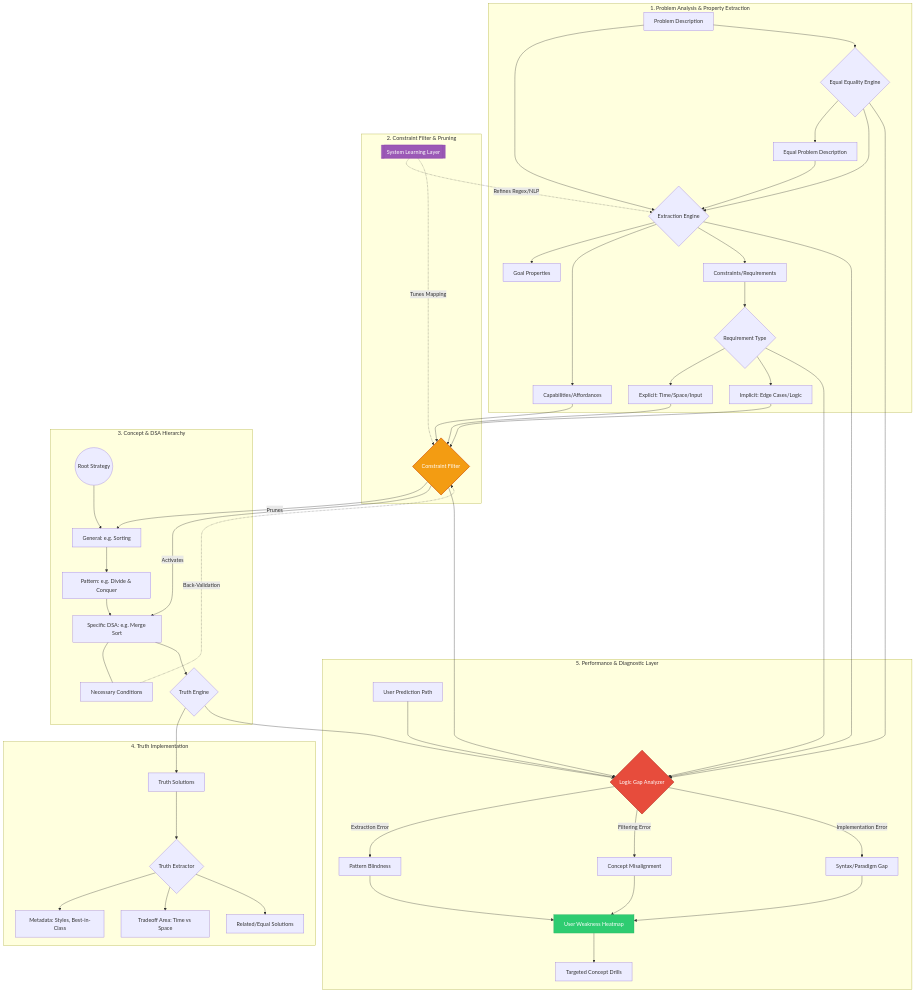
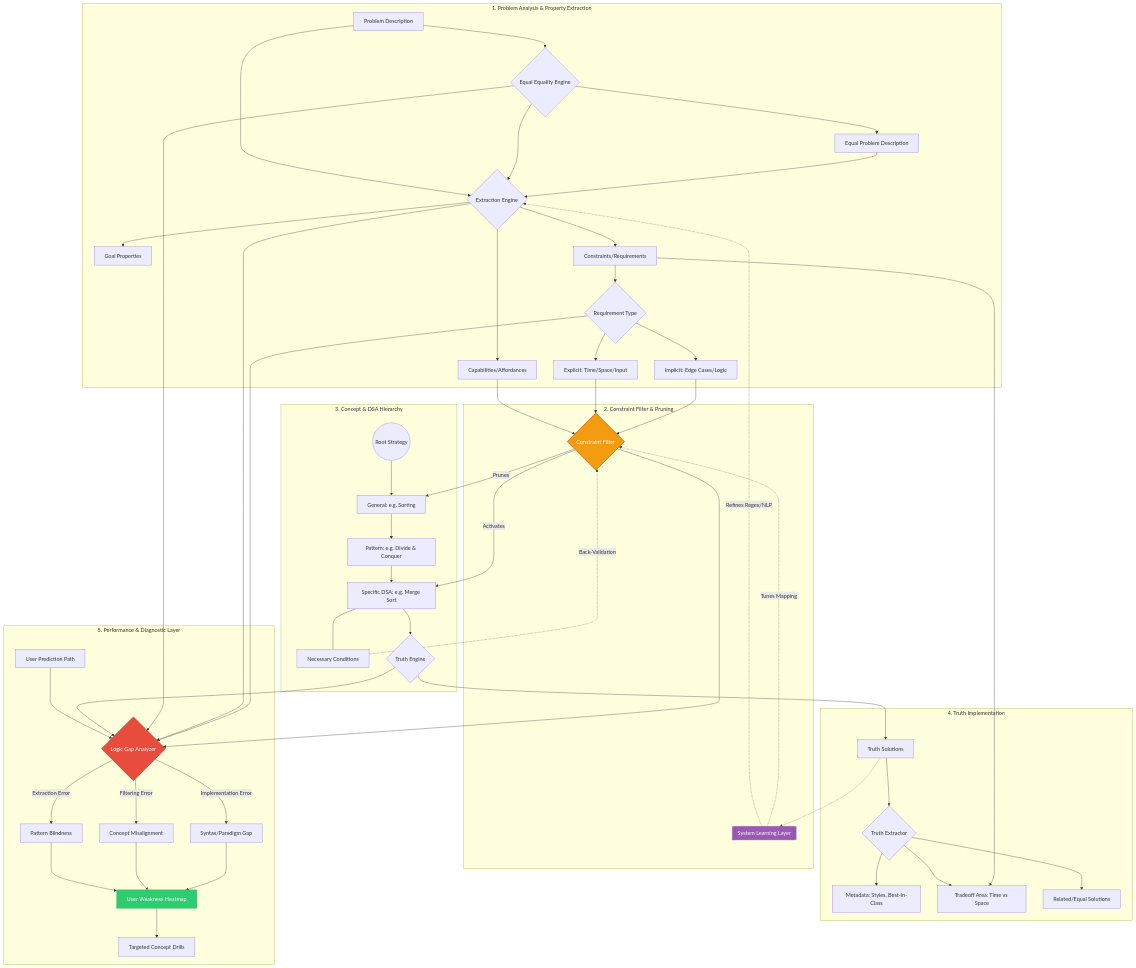
The diagram in README.md (tbrumbaugh5396/another_code_trainer), drawn with Mermaid before and after one commit. The commit also changed 1 other file, not shown here.

```diff
--- a/README.md
+++ b/README.md
@@ -49,8 +49,11 @@
         Truth_Engine                       --> T_Sol[Truth Solutions]
 
         T_Sol                              --> T_Truth_Extractor{Truth Extractor}
+        T_Sol                              -.-> Sys_Learn
+
         T_Truth_Extractor                  --> S_Meta[Metadata: Styles, Best-in-Class]
         T_Truth_Extractor                  --> S_Trade[Tradeoff Area: Time vs Space]
+        P_Con                              --> S_Trade
         T_Truth_Extractor                  --> S_Rel[Related/Equal Solutions]
 
 
```
